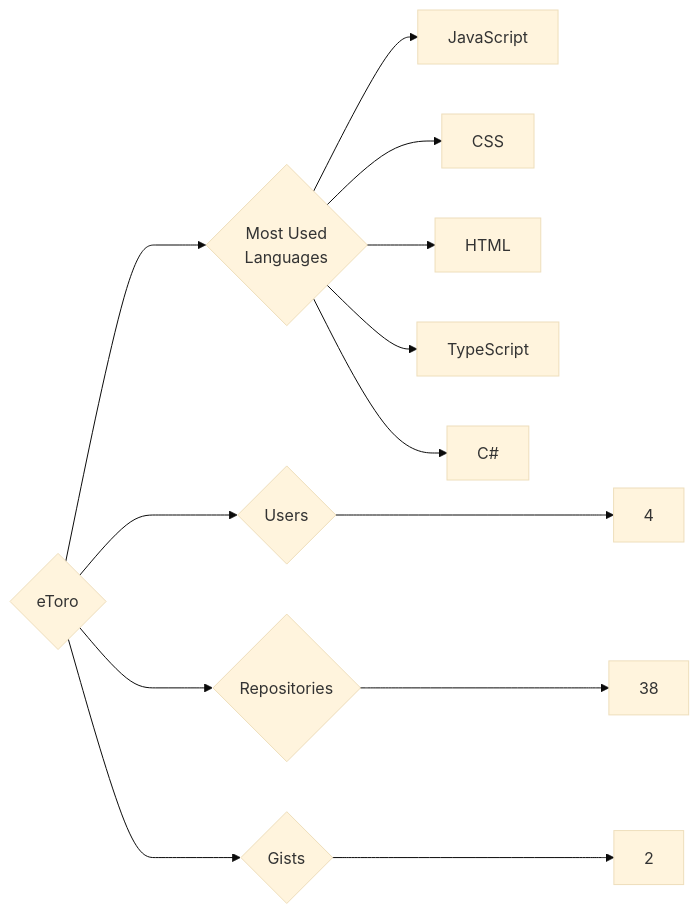
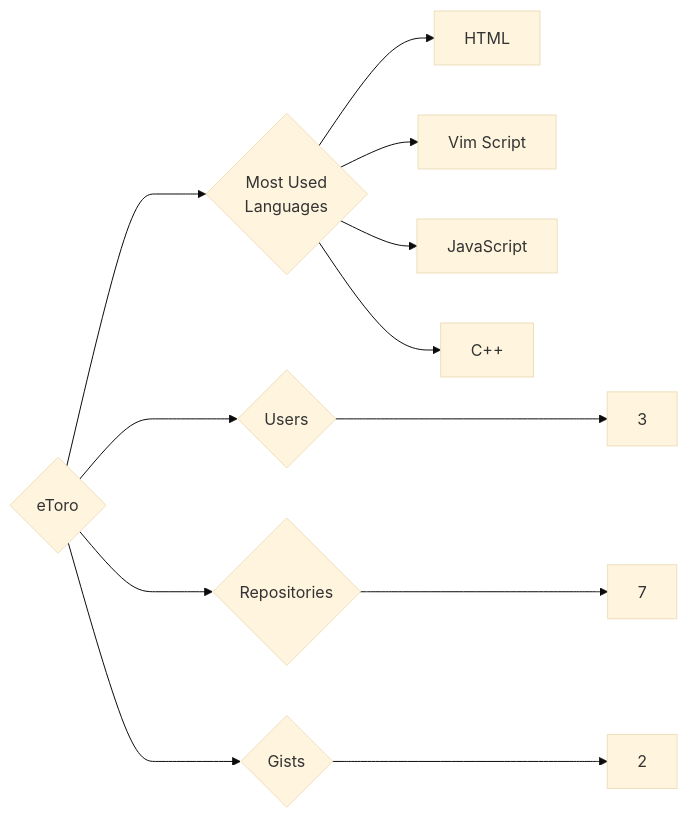
Before and after one commit to trickest/insiders: the diagram in targets/eToro/README.md, drawn with Mermaid (base theme). The commit also changed 1123 other files, not shown here.

````diff
--- a/targets/eToro/README.md
+++ b/targets/eToro/README.md
@@ -3,13 +3,12 @@
 ```mermaid
 graph LR
 COMPANY_NAME{eToro}
-COMPANY_NAME ---> U{Users} ---> UN[4]
-COMPANY_NAME ---> R{Repositories} ---> RN[38]
+COMPANY_NAME ---> U{Users} ---> UN[3]
+COMPANY_NAME ---> R{Repositories} ---> RN[7]
 COMPANY_NAME ---> G{Gists} ---> GN[2]
 COMPANY_NAME ---> ML{Most Used<br>Languages}
+ML --> HTML[HTML]
+ML --> Vim_Script[Vim Script]
 ML --> JavaScript[JavaScript]
-ML --> CSS[CSS]
-ML --> HTML[HTML]
-ML --> TypeScript[TypeScript]
-ML --> C#[C#]
+ML --> C++[C++]
 ```
````
